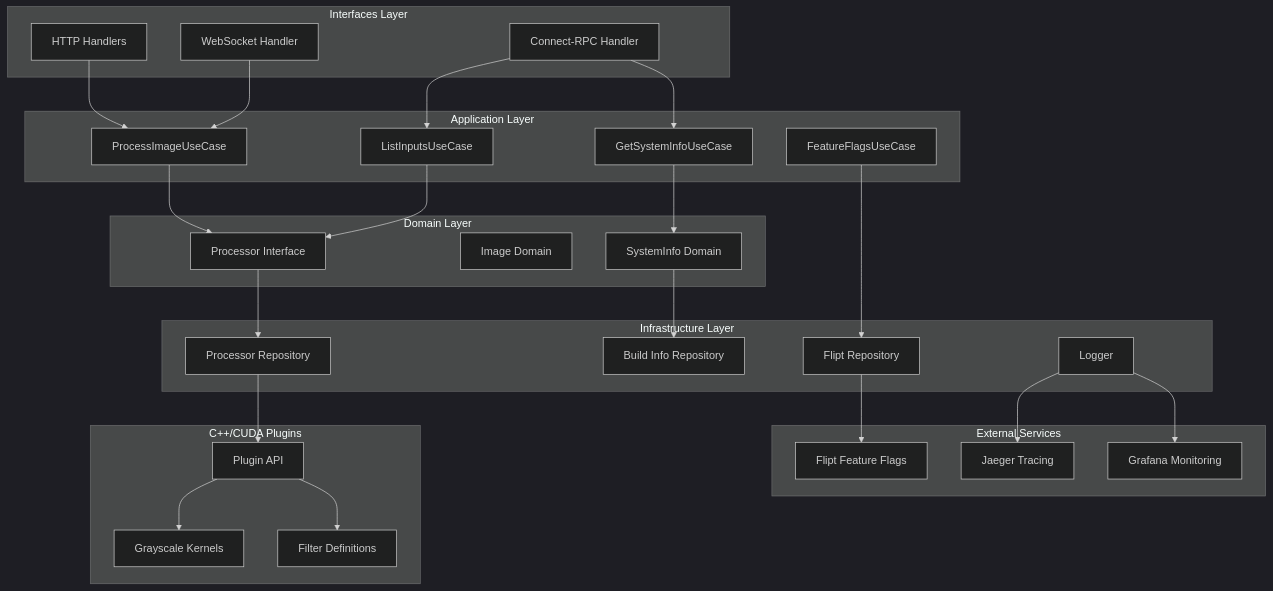
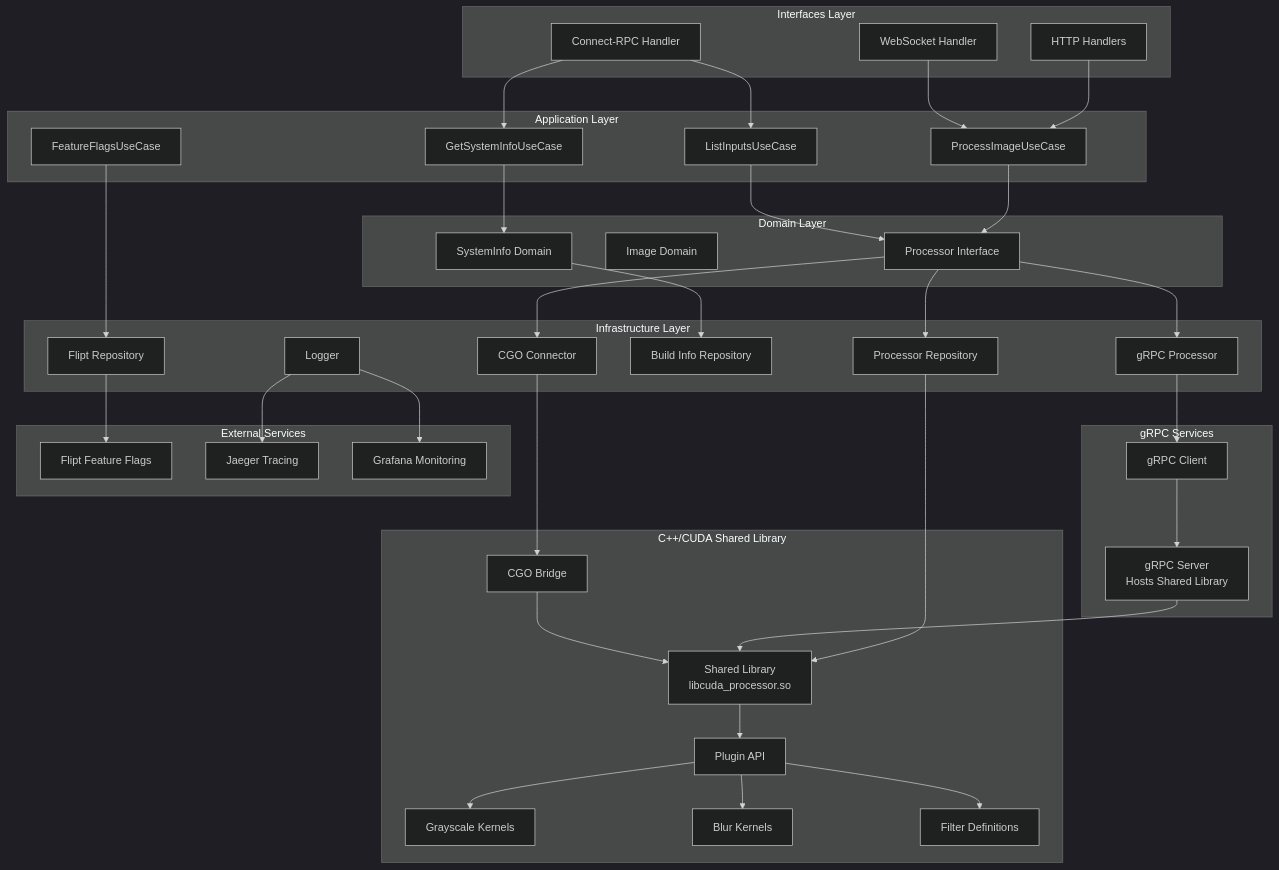
The second of 2 diagrams in README.md (josnelihurt/learning-cuda), drawn with Mermaid (dark theme) before and after one commit. The commit also changed other lines of this file and 4 other files, not shown here.

````diff
--- a/README.md
+++ b/README.md
@@ -98,61 +105,80 @@
 ```mermaid
 graph TB
     subgraph "Interfaces Layer"
         HTTP[HTTP Handlers]
         WS_Handler[WebSocket Handler]
         ConnectRPC_Handler[Connect-RPC Handler]
     end
     
     subgraph "Application Layer"
         ProcessImage[ProcessImageUseCase]
         ListInputs[ListInputsUseCase]
         GetSystemInfo[GetSystemInfoUseCase]
         FeatureFlags[FeatureFlagsUseCase]
     end
     
     subgraph "Domain Layer"
         Processor[Processor Interface]
         Image[Image Domain]
         SystemInfo[SystemInfo Domain]
     end
     
     subgraph "Infrastructure Layer"
         ProcessorRepo[Processor Repository]
+        GRPCProcessor[gRPC Processor]
+        CGOConnector[CGO Connector]
         BuildInfo[Build Info Repository]
         FliptRepo[Flipt Repository]
         Logger[Logger]
     end
     
-    subgraph "C++/CUDA Plugins"
+    subgraph "C++/CUDA Shared Library"
+        SharedLibrary[Shared Library<br/>libcuda_processor.so]
         PluginAPI[Plugin API]
+        CGOBridge[CGO Bridge]
         GrayscaleKernel[Grayscale Kernels]
+        BlurKernel[Blur Kernels]
         FilterDefs[Filter Definitions]
+    end
+    
+    subgraph "gRPC Services"
+        GRPCServerService[gRPC Server<br/>Hosts Shared Library]
+        GRPCClientService[gRPC Client]
     end
     
     subgraph "External Services"
         Flipt[Flipt Feature Flags]
         Jaeger[Jaeger Tracing]
         Grafana[Grafana Monitoring]
     end
     
     HTTP --> ProcessImage
     WS_Handler --> ProcessImage
     ConnectRPC_Handler --> ListInputs
     ConnectRPC_Handler --> GetSystemInfo
     
     ProcessImage --> Processor
     ListInputs --> Processor
     GetSystemInfo --> SystemInfo
     
     Processor --> ProcessorRepo
+    Processor --> GRPCProcessor
+    Processor --> CGOConnector
     SystemInfo --> BuildInfo
     FeatureFlags --> FliptRepo
     
-    ProcessorRepo --> PluginAPI
+    ProcessorRepo --> SharedLibrary
+    GRPCProcessor --> GRPCClientService
+    CGOConnector --> CGOBridge
+    GRPCClientService --> GRPCServerService
+    GRPCServerService --> SharedLibrary
+    CGOBridge --> SharedLibrary
+    SharedLibrary --> PluginAPI
     PluginAPI --> GrayscaleKernel
+    PluginAPI --> BlurKernel
     PluginAPI --> FilterDefs
     
     FliptRepo --> Flipt
     Logger --> Jaeger
     Logger --> Grafana
 ```
````
